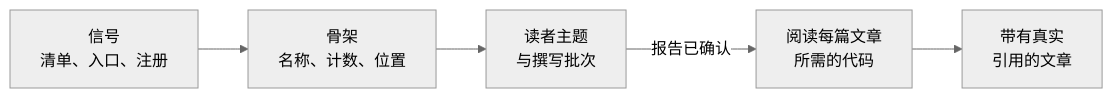
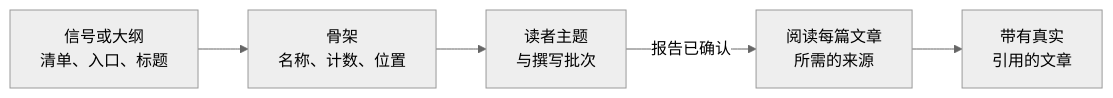
Before and after one commit to context4ai/portal: the diagram in translations/zh-CN/sop/custom-indexers/code-indexers.md, drawn with Mermaid (neutral theme). The commit also changed other lines of this file and 129 other files, not shown here.

````diff
--- a/translations/zh-CN/sop/custom-indexers/code-indexers.md
+++ b/translations/zh-CN/sop/custom-indexers/code-indexers.md
@@ -16,7 +18,7 @@
 ```mermaid
 flowchart LR
-  sig["信号<br/>清单、入口、注册"] --> skel["骨架<br/>名称、计数、位置"]
+  sig["信号或大纲<br/>清单、入口、标题"] --> skel["骨架<br/>名称、计数、位置"]
   skel --> topics["读者主题<br/>与撰写批次"]
-  topics -->|"报告已确认"| read["阅读每篇文章<br/>所需的代码"]
+  topics -->|"报告已确认"| read["阅读每篇文章<br/>所需的来源"]
   read --> art["带有真实<br/>引用的文章"]
 ```
````
